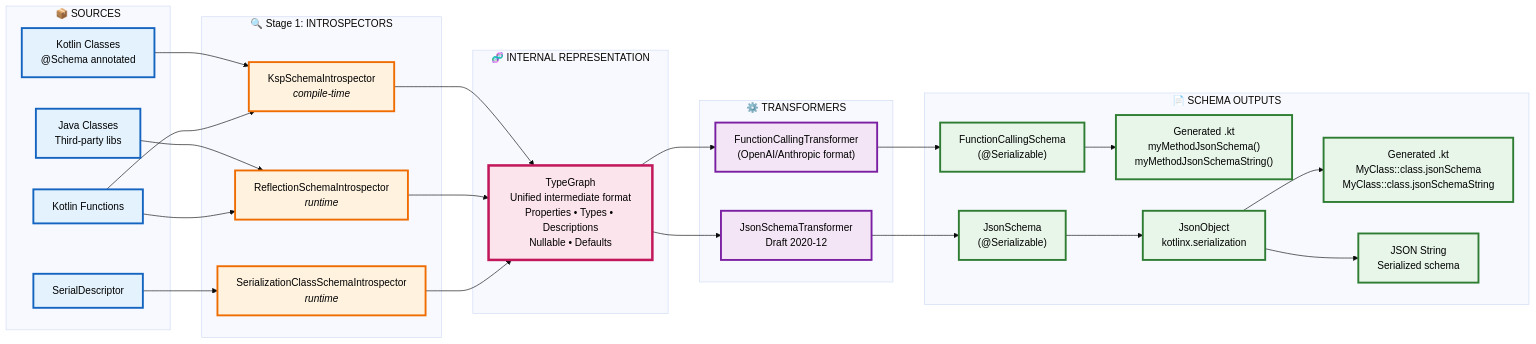
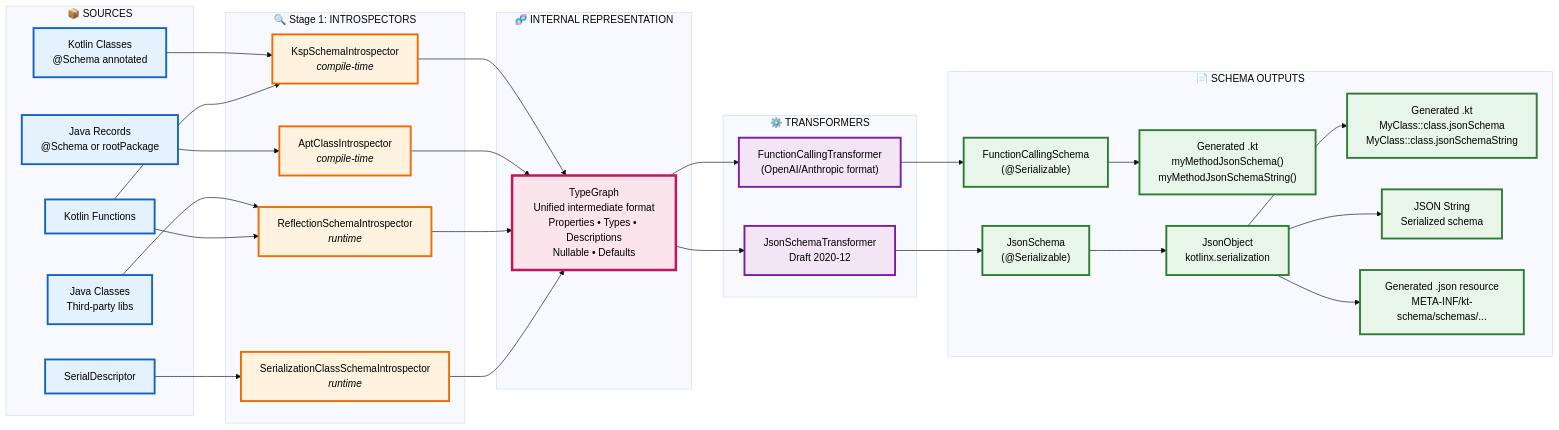
One commit to kpavlov/kt-schema changed the first of 3 diagrams in docs/architecture.md. Above: the diagram before and after it, drawn with Mermaid (base theme). The commit also changed other lines of this file and 17 other files, not shown here.

````diff
--- a/docs/architecture.md
+++ b/docs/architecture.md
@@ -22,65 +22,71 @@
 ```mermaid
 graph LR
     subgraph Sources["📦 SOURCES"]
         Kotlin["Kotlin Classes<br/>@Schema annotated"]
         KSerializer["SerialDescriptor"]
         Java["Java Classes<br/>Third-party libs"]
+        JavaApt["Java Records<br/>@Schema or rootPackage"]
         Functions["Kotlin Functions"]
     end
 
     subgraph Introspectors["🔍 Stage 1: INTROSPECTORS"]
         KSP["KspSchemaIntrospector<br/><i>compile-time</i>"]
+        Apt["AptClassIntrospector<br/><i>compile-time</i>"]
         Reflect["ReflectionSchemaIntrospector<br/><i>runtime</i>"]
         Serialization["SerializationClassSchemaIntrospector<br/><i>runtime</i>"]
     end
 
     subgraph IR["🧬 INTERNAL REPRESENTATION"]
         TypeGraph["TypeGraph<br/>Unified intermediate format<br/>Properties • Types • Descriptions<br/>Nullable • Defaults"]
     end
 
     subgraph Transformers["⚙️ TRANSFORMERS"]
         JsonTransform["JsonSchemaTransformer<br/>Draft 2020-12"]
         FuncTransform["FunctionCallingTransformer<br/>(OpenAI/Anthropic format)"]
     end
 
     subgraph Output["📄 SCHEMA OUTPUTS"]
         KtClass["Generated .kt<br/>MyClass::class.jsonSchema<br/>MyClass::class.jsonSchemaString"]
         KtFunc["Generated .kt<br/>myMethodJsonSchema()<br/>myMethodJsonSchemaString()"]
         JsonSchema["JsonSchema<br/>(@Serializable)"]
         JsonObj["JsonObject<br/>kotlinx.serialization"]
         JsonStr["JSON String<br/>Serialized schema"]
+        AptResource["Generated .json resource<br/>META-INF/kt-schema/schemas/..."]
         FuncSchema["FunctionCallingSchema<br/>(@Serializable)"]
     end
 
     Kotlin --> KSP
     KSerializer --> Serialization
     Java --> Reflect
+    JavaApt --> Apt
     Functions --> KSP
     Functions --> Reflect
 
     KSP --> TypeGraph
+    Apt --> TypeGraph
     Reflect --> TypeGraph
     Serialization --> TypeGraph
 
     TypeGraph --> JsonTransform
     TypeGraph --> FuncTransform
 
     JsonTransform --> JsonSchema
     FuncTransform --> FuncSchema
     JsonSchema --> JsonObj
     FuncSchema --> KtFunc
     JsonObj --> JsonStr
     JsonObj --> KtClass
+    JsonObj --> AptResource
 
     classDef sourceStyle fill:#e3f2fd,stroke:#1565c0,stroke-width:3px,color:#000
     classDef introspectorStyle fill:#fff3e0,stroke:#ef6c00,stroke-width:3px,color:#000
     classDef irStyle fill:#fce4ec,stroke:#c2185b,stroke-width:4px,color:#000
     classDef transformStyle fill:#f3e5f5,stroke:#7b1fa2,stroke-width:3px,color:#000
     classDef outputStyle fill:#e8f5e9,stroke:#2e7d32,stroke-width:3px,color:#000
 
-    class Kotlin,Java,Functions,KSerializer sourceStyle
-    class KSP,Reflect,Serialization introspectorStyle
+    class Kotlin,Java,JavaApt,Functions,KSerializer sourceStyle
+    class KSP,Apt,Reflect,Serialization introspectorStyle
     class TypeGraph irStyle
     class JsonTransform,FuncTransform transformStyle
-    class KtClass,KtFunc,JsonSchema,FuncSchema,JsonObj,JsonStr outputStyle
+    class KtClass,KtFunc,JsonSchema,FuncSchema,JsonObj,JsonStr,AptResource outputStyle
 ```
````
